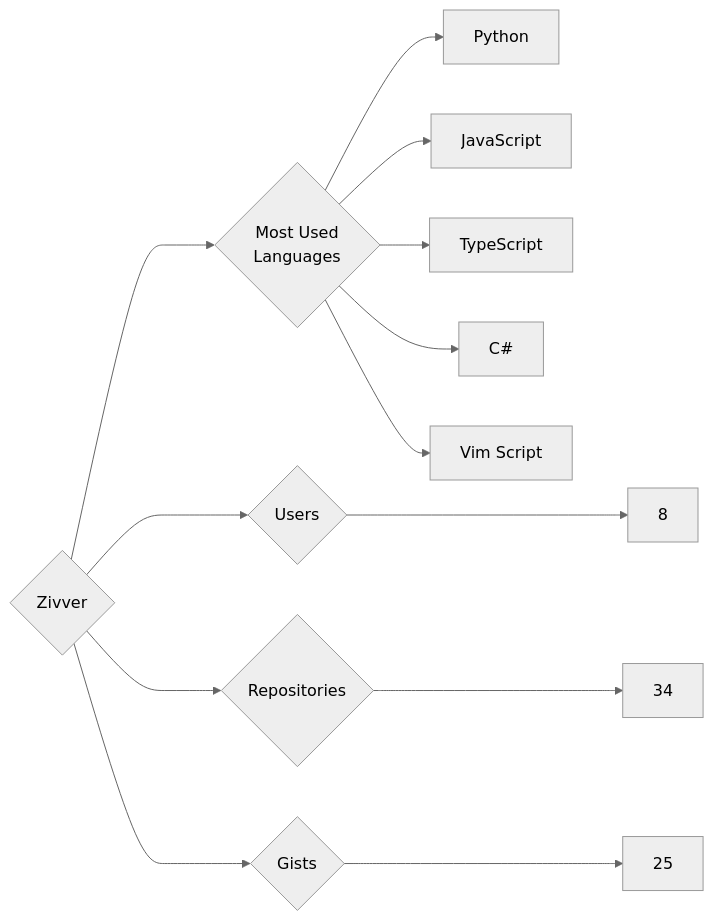
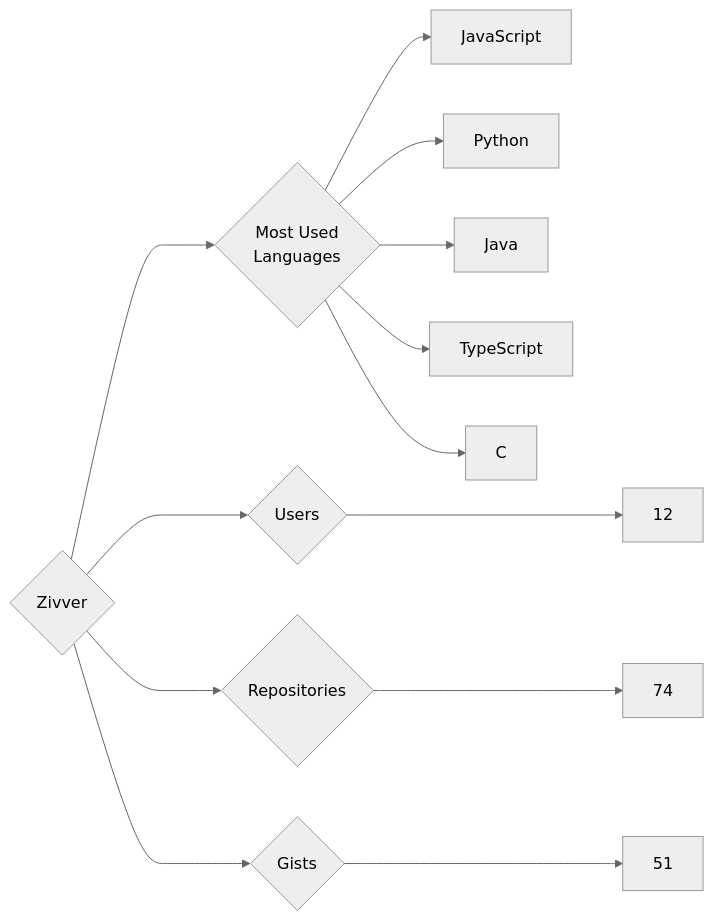
One commit to trickest/insiders changed the diagram in targets/Zivver/README.md. Above: the diagram before and after it, drawn with Mermaid (neutral theme). The commit also changed 728 other files, not shown here.

````diff
--- a/targets/Zivver/README.md
+++ b/targets/Zivver/README.md
@@ -3,13 +3,13 @@
 ```mermaid
 graph LR
 COMPANY_NAME{Zivver}
-COMPANY_NAME ---> U{Users} ---> UN[8]
-COMPANY_NAME ---> R{Repositories} ---> RN[34]
-COMPANY_NAME ---> G{Gists} ---> GN[25]
+COMPANY_NAME ---> U{Users} ---> UN[12]
+COMPANY_NAME ---> R{Repositories} ---> RN[74]
+COMPANY_NAME ---> G{Gists} ---> GN[51]
 COMPANY_NAME ---> ML{Most Used<br>Languages}
+ML --> JavaScript[JavaScript]
 ML --> Python[Python]
-ML --> JavaScript[JavaScript]
+ML --> Java[Java]
 ML --> TypeScript[TypeScript]
-ML --> C#[C#]
-ML --> Vim_Script[Vim Script]
+ML --> C[C]
 ```
````
